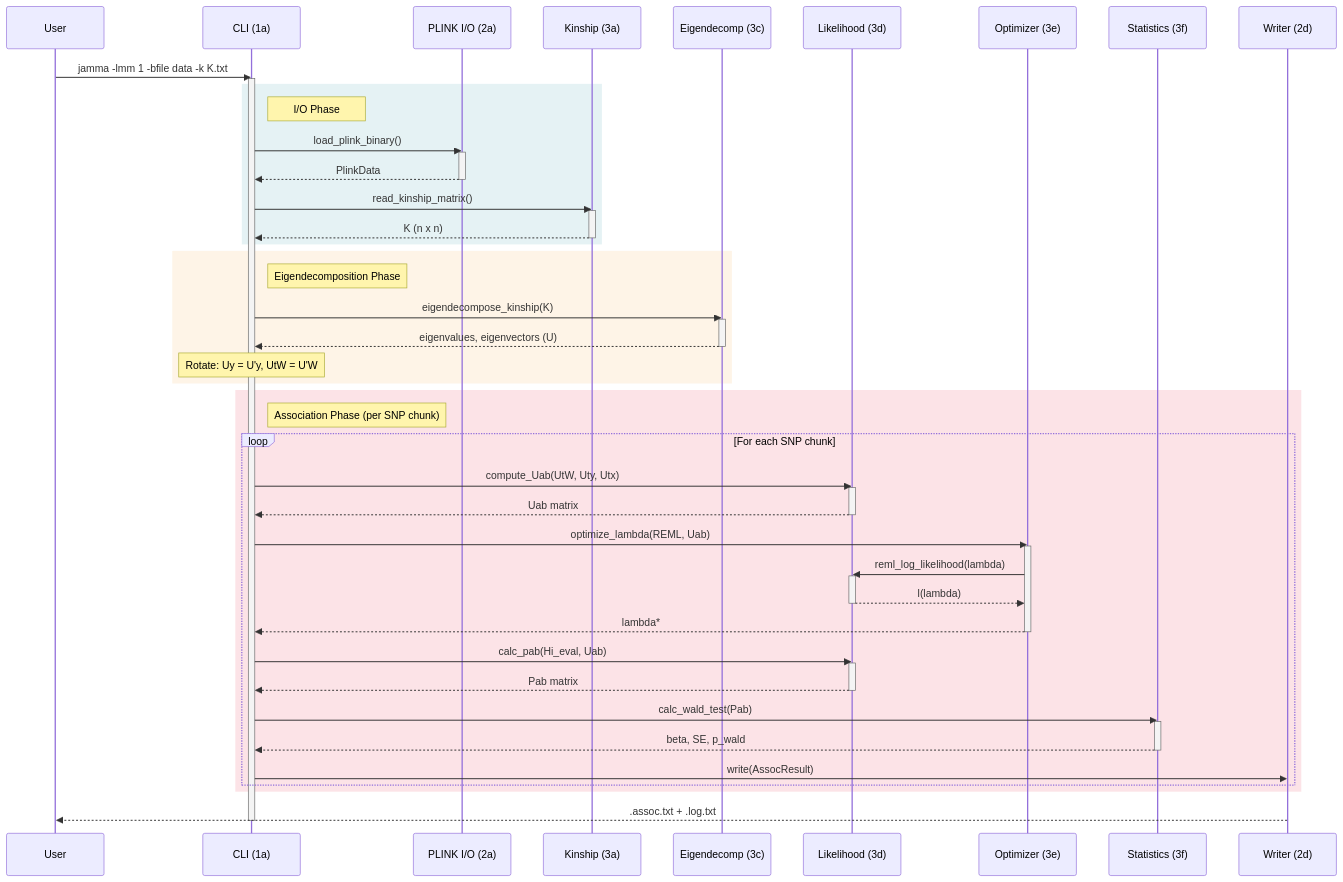
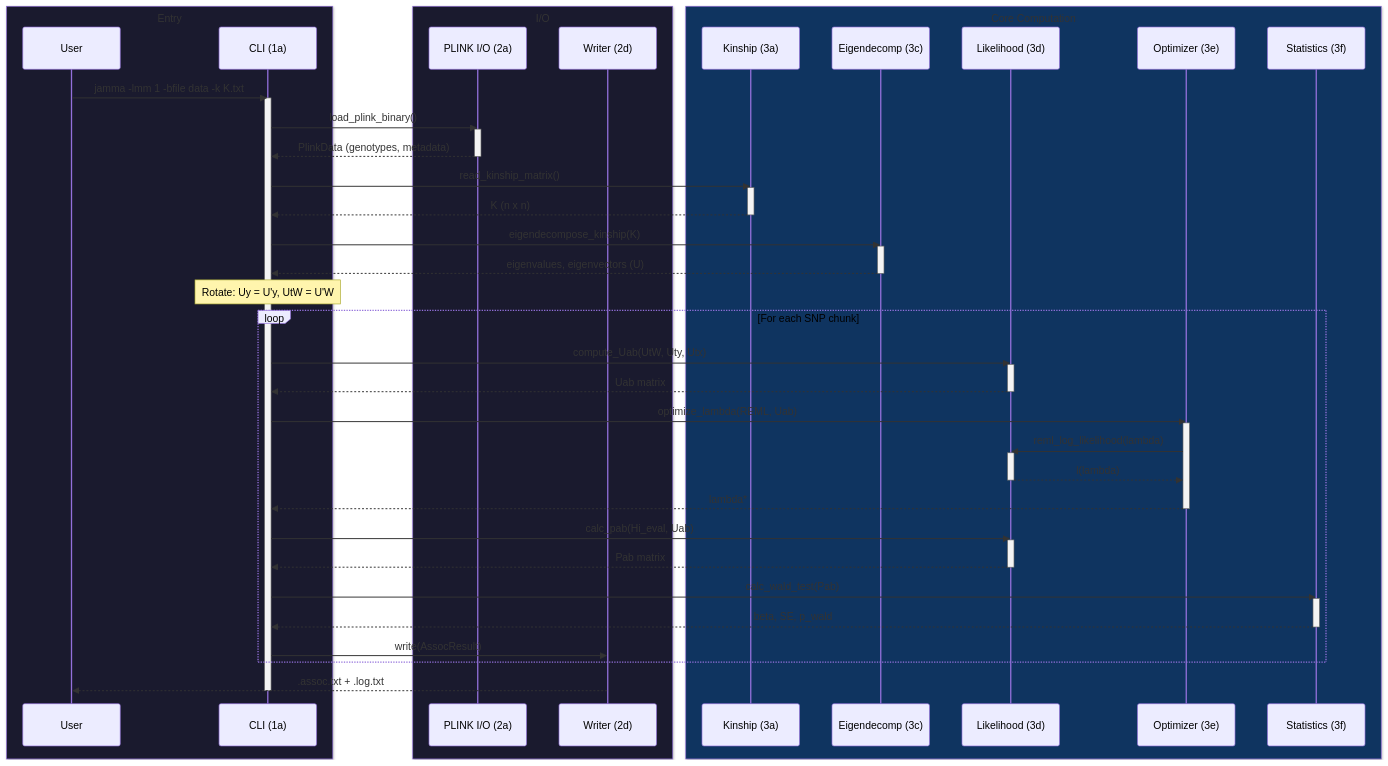
The second of 5 diagrams in docs/CODEMAP.md (michael-denyer/jamma), drawn with Mermaid before and after one commit.

Commit message:
docs: align sequence diagram with dark box styling used everywhere else

````diff
--- a/docs/CODEMAP.md
+++ b/docs/CODEMAP.md
@@ -321,66 +321,62 @@
 ```mermaid
 sequenceDiagram
-    participant U as User
-    participant CLI as CLI (1a)
-    participant IO as PLINK I/O (2a)
-    participant K as Kinship (3a)
-    participant E as Eigendecomp (3c)
-    participant L as Likelihood (3d)
-    participant O as Optimizer (3e)
-    participant S as Statistics (3f)
-    participant W as Writer (2d)
+    box rgb(26, 26, 46) Entry
+        participant U as User
+        participant CLI as CLI (1a)
+    end
+    box rgb(26, 26, 46) I/O
+        participant IO as PLINK I/O (2a)
+        participant W as Writer (2d)
+    end
+    box rgb(15, 52, 96) Core Computation
+        participant K as Kinship (3a)
+        participant E as Eigendecomp (3c)
+        participant L as Likelihood (3d)
+        participant O as Optimizer (3e)
+        participant S as Statistics (3f)
+    end
 
     U->>CLI: jamma -lmm 1 -bfile data -k K.txt
     activate CLI
+    CLI->>IO: load_plink_binary()
+    activate IO
+    IO-->>CLI: PlinkData (genotypes, metadata)
+    deactivate IO
+    CLI->>K: read_kinship_matrix()
+    activate K
+    K-->>CLI: K (n x n)
+    deactivate K
+    CLI->>E: eigendecompose_kinship(K)
+    activate E
+    E-->>CLI: eigenvalues, eigenvectors (U)
+    deactivate E
 
-    rect rgba(83, 168, 182, 0.15)
-        Note right of CLI: I/O Phase
-        CLI->>IO: load_plink_binary()
-        activate IO
-        IO-->>CLI: PlinkData
-        deactivate IO
-        CLI->>K: read_kinship_matrix()
-        activate K
-        K-->>CLI: K (n x n)
-        deactivate K
-    end
+    Note over CLI: Rotate: Uy = U'y, UtW = U'W
 
-    rect rgba(245, 180, 97, 0.15)
-        Note right of CLI: Eigendecomposition Phase
-        CLI->>E: eigendecompose_kinship(K)
-        activate E
-        E-->>CLI: eigenvalues, eigenvectors (U)
-        deactivate E
-        Note over CLI: Rotate: Uy = U'y, UtW = U'W
-    end
-
-    rect rgba(233, 69, 96, 0.15)
-        Note right of CLI: Association Phase (per SNP chunk)
-        loop For each SNP chunk
-            CLI->>L: compute_Uab(UtW, Uty, Utx)
-            activate L
-            L-->>CLI: Uab matrix
-            deactivate L
-            CLI->>O: optimize_lambda(REML, Uab)
-            activate O
-            O->>L: reml_log_likelihood(lambda)
-            activate L
-            L-->>O: l(lambda)
-            deactivate L
-            O-->>CLI: lambda*
-            deactivate O
-            CLI->>L: calc_pab(Hi_eval, Uab)
-            activate L
-            L-->>CLI: Pab matrix
-            deactivate L
-            CLI->>S: calc_wald_test(Pab)
-            activate S
-            S-->>CLI: beta, SE, p_wald
-            deactivate S
-            CLI->>W: write(AssocResult)
-        end
+    loop For each SNP chunk
+        CLI->>L: compute_Uab(UtW, Uty, Utx)
+        activate L
+        L-->>CLI: Uab matrix
+        deactivate L
+        CLI->>O: optimize_lambda(REML, Uab)
+        activate O
+        O->>L: reml_log_likelihood(lambda)
+        activate L
+        L-->>O: l(lambda)
+        deactivate L
+        O-->>CLI: lambda*
+        deactivate O
+        CLI->>L: calc_pab(Hi_eval, Uab)
+        activate L
+        L-->>CLI: Pab matrix
+        deactivate L
+        CLI->>S: calc_wald_test(Pab)
+        activate S
+        S-->>CLI: beta, SE, p_wald
+        deactivate S
+        CLI->>W: write(AssocResult)
     end
 
     W-->>U: .assoc.txt + .log.txt
     deactivate CLI
 ```
````
